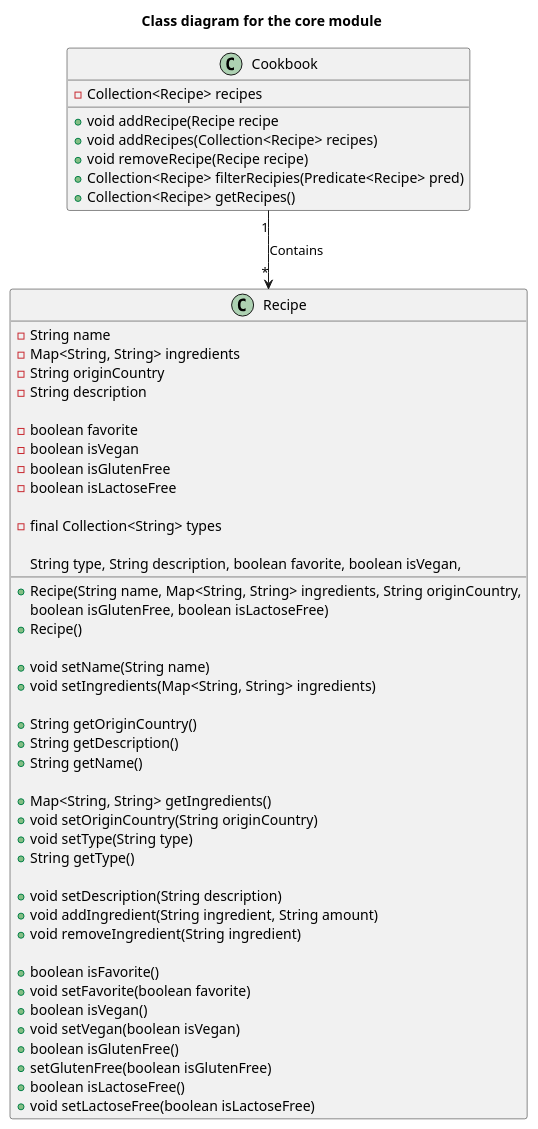
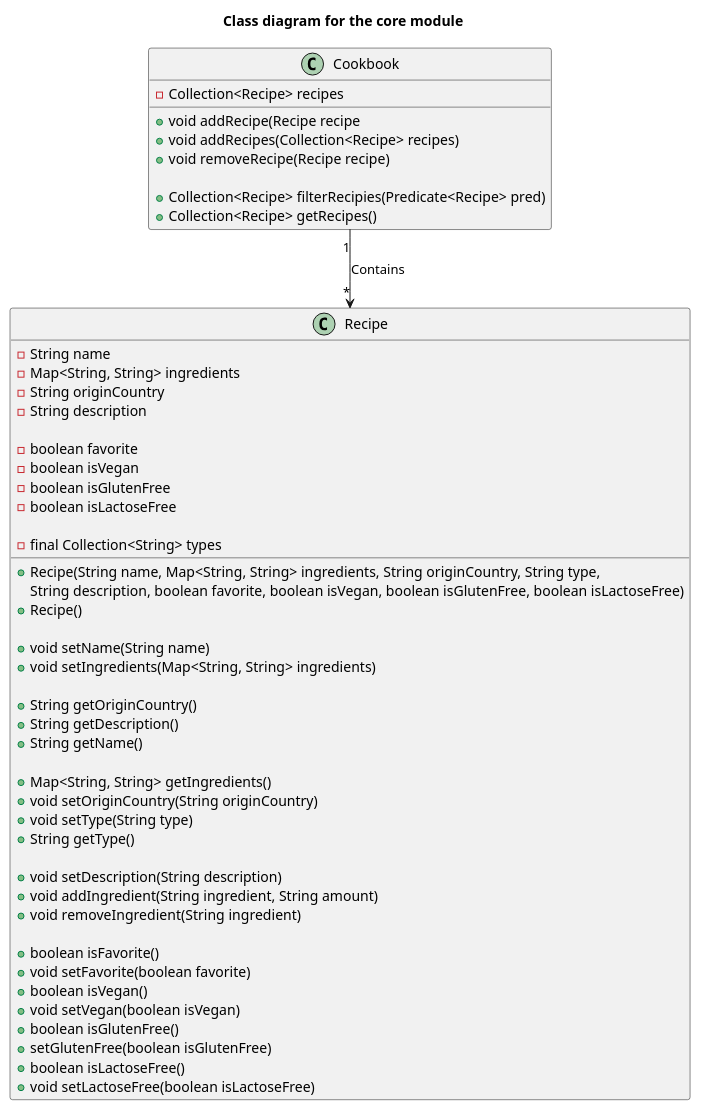
Before and after one commit to TobiasBorning/Cookbook: the diagram in cookbook-project/diagrams/src/classDiagramCore.puml, drawn with PlantUML. The commit also changed 4 other files, not shown here.

Commit message:
Made a resources folder for the pictures of the diagrams and the readme file. Added pictures to both of the class diagrams and for the package diagram.

```diff
--- a/cookbook-project/diagrams/src/classDiagramCore.puml
+++ b/cookbook-project/diagrams/src/classDiagramCore.puml
@@ -1,62 +1,62 @@
 @startuml classDiagramCore
 
 title Class diagram for the core module
 
 class Cookbook{
   -Collection<Recipe> recipes
 
   +void addRecipe(Recipe recipe
   +void addRecipes(Collection<Recipe> recipes)
   +void removeRecipe(Recipe recipe)
+
   +Collection<Recipe> filterRecipies(Predicate<Recipe> pred)
   +Collection<Recipe> getRecipes()
 
 }
 
 class Recipe{
   -String name
   -Map<String, String> ingredients
   -String originCountry
   -String description
 
   -boolean favorite
   -boolean isVegan
   -boolean isGlutenFree
   -boolean isLactoseFree
 
   -final Collection<String> types
 
-  +Recipe(String name, Map<String, String> ingredients, String originCountry, 
-      String type, String description, boolean favorite, boolean isVegan, 
-      boolean isGlutenFree, boolean isLactoseFree)
+  +Recipe(String name, Map<String, String> ingredients, String originCountry, String type, 
+      String description, boolean favorite, boolean isVegan, boolean isGlutenFree, boolean isLactoseFree)
   +Recipe()
 
   +void setName(String name)
   +void setIngredients(Map<String, String> ingredients)
 
   +String getOriginCountry()
   +String getDescription()
   +String getName()
 
   +Map<String, String> getIngredients()
   +void setOriginCountry(String originCountry)
   +void setType(String type)
   +String getType()
 
   +void setDescription(String description)
   +void addIngredient(String ingredient, String amount)
   +void removeIngredient(String ingredient)
 
   +boolean isFavorite()
   +void setFavorite(boolean favorite)
   +boolean isVegan()
   +void setVegan(boolean isVegan)
   +boolean isGlutenFree()
   +setGlutenFree(boolean isGlutenFree)
   +boolean isLactoseFree()
   +void setLactoseFree(boolean isLactoseFree)
 
 }
 
 Cookbook "1" --> "*" Recipe : "Contains"
 @enduml
```
